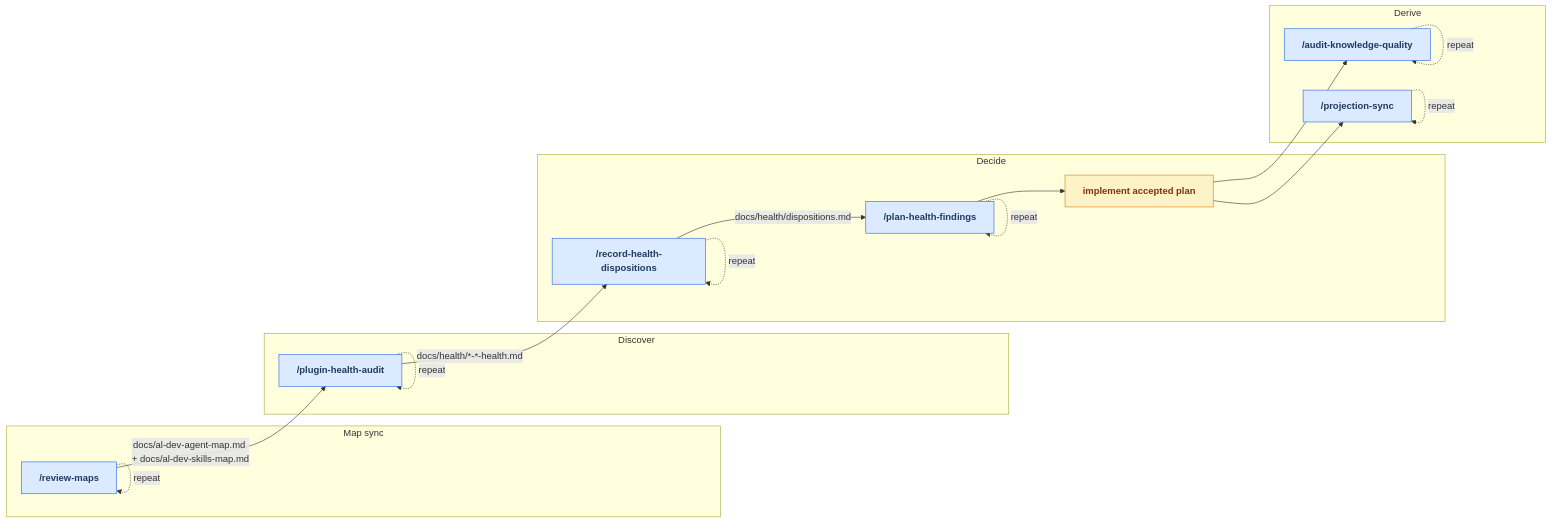
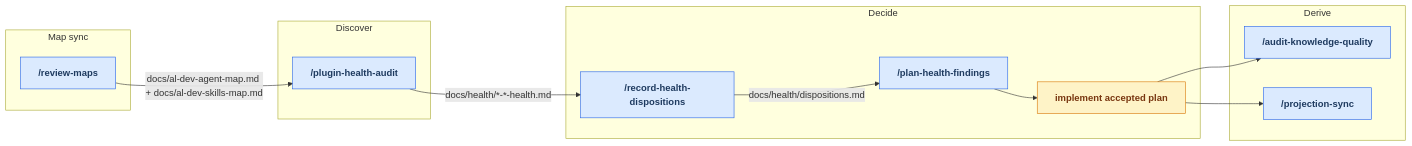
The first of 6 diagrams in docs/maintainer-tooling.md (russell-laing/al-dev-shared), drawn with Mermaid before and after one commit. The commit also changed other lines of this file, not shown here.

Commit message:
docs: align maintainer guide with focused diagrams

````diff
--- a/docs/maintainer-tooling.md
+++ b/docs/maintainer-tooling.md
@@ -32,42 +32,39 @@
 ```mermaid
 flowchart LR
     classDef userSkill fill:#dbeafe,stroke:#2563eb,color:#1e3a5f,font-weight:bold
     classDef manualStep fill:#fef3c7,stroke:#d97706,color:#78350f,font-weight:bold
 
     subgraph stage_map_sync["Map sync"]
         skill_review_maps["/review-maps"]
     end
     subgraph stage_discover["Discover"]
         skill_plugin_health_audit["/plugin-health-audit"]
     end
     subgraph stage_decide["Decide"]
         skill_plan_health_findings["/plan-health-findings"]
         manual_plan_health_findings["implement accepted plan"]
         skill_record_health_dispositions["/record-health-dispositions"]
     end
     subgraph stage_derive["Derive"]
         skill_audit_knowledge_quality["/audit-knowledge-quality"]
         skill_projection_sync["/projection-sync"]
     end
+    stage_map_sync ~~~ stage_discover
+    stage_discover ~~~ stage_decide
+    stage_decide ~~~ stage_derive
 
-    skill_audit_knowledge_quality -. "repeat" .-> skill_audit_knowledge_quality
     skill_plan_health_findings --> manual_plan_health_findings
     manual_plan_health_findings --> skill_audit_knowledge_quality
     manual_plan_health_findings --> skill_projection_sync
-    skill_plan_health_findings -. "repeat" .-> skill_plan_health_findings
     skill_plugin_health_audit -- "docs/health/*-*-health.md" --> skill_record_health_dispositions
-    skill_plugin_health_audit -. "repeat" .-> skill_plugin_health_audit
-    skill_projection_sync -. "repeat" .-> skill_projection_sync
     skill_record_health_dispositions -- "docs/health/dispositions.md" --> skill_plan_health_findings
-    skill_record_health_dispositions -. "repeat" .-> skill_record_health_dispositions
     skill_review_maps -- "docs/al-dev-agent-map.md + docs/al-dev-skills-map.md" --> skill_plugin_health_audit
-    skill_review_maps -. "repeat" .-> skill_review_maps
 
     class skill_audit_knowledge_quality userSkill
     class skill_plan_health_findings userSkill
     class skill_plugin_health_audit userSkill
     class skill_projection_sync userSkill
     class skill_record_health_dispositions userSkill
     class skill_review_maps userSkill
     class manual_plan_health_findings manualStep
 ```
````
